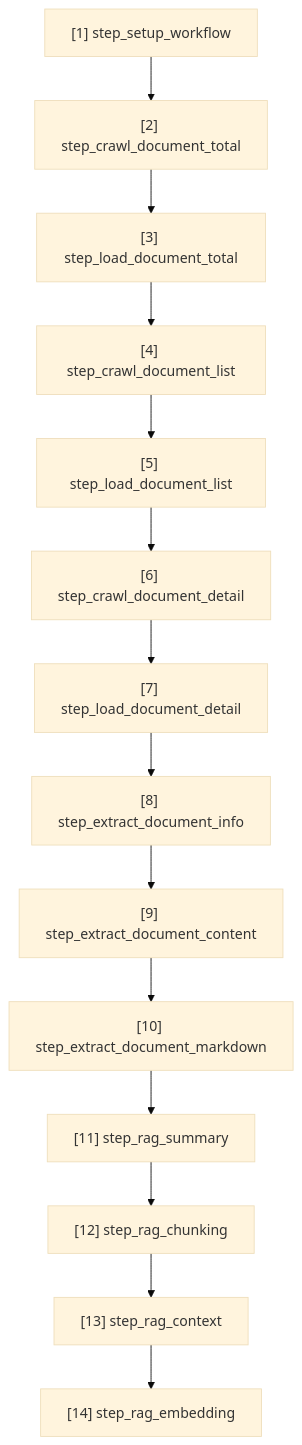
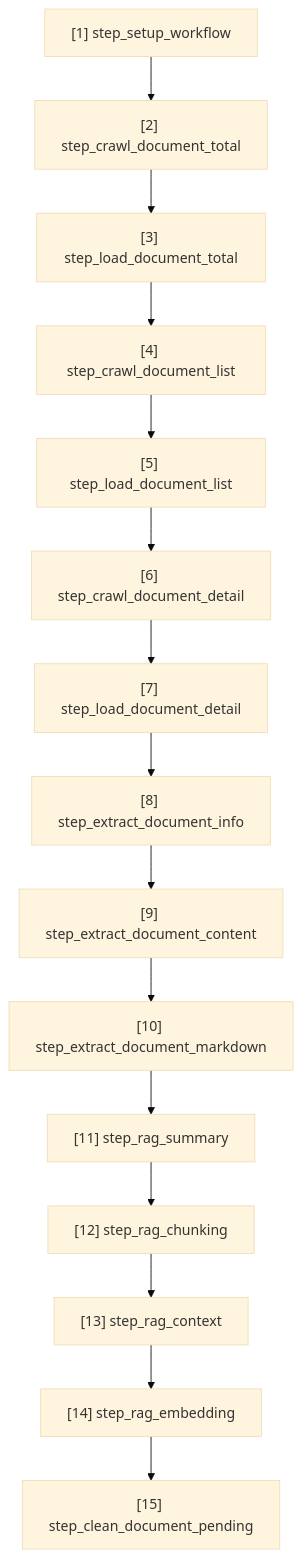
Before and after one commit to 20206205Tech/data-pipeline-vbpl: the diagram in docs/workflow.md, drawn with Mermaid (base theme). The commit also changed 10 other files, not shown here.

Commit message:
step_clean_document_pending

````diff
--- a/docs/workflow.md
+++ b/docs/workflow.md
@@ -3,32 +3,34 @@
 ```mermaid
 flowchart TD
     N1["[1] step_setup_workflow"]
     N2["[2] step_crawl_document_total"]
     N3["[3] step_load_document_total"]
     N4["[4] step_crawl_document_list"]
     N5["[5] step_load_document_list"]
     N6["[6] step_crawl_document_detail"]
     N7["[7] step_load_document_detail"]
     N8["[8] step_extract_document_info"]
     N9["[9] step_extract_document_content"]
     N10["[10] step_extract_document_markdown"]
     N11["[11] step_rag_summary"]
     N12["[12] step_rag_chunking"]
     N13["[13] step_rag_context"]
     N14["[14] step_rag_embedding"]
+    N15["[15] step_clean_document_pending"]
 
     %% Các liên kết
     N1 --> N2
     N2 --> N3
     N3 --> N4
     N4 --> N5
     N5 --> N6
     N6 --> N7
     N7 --> N8
     N8 --> N9
     N9 --> N10
     N10 --> N11
     N11 --> N12
     N12 --> N13
     N13 --> N14
+    N14 --> N15
 ```
````
